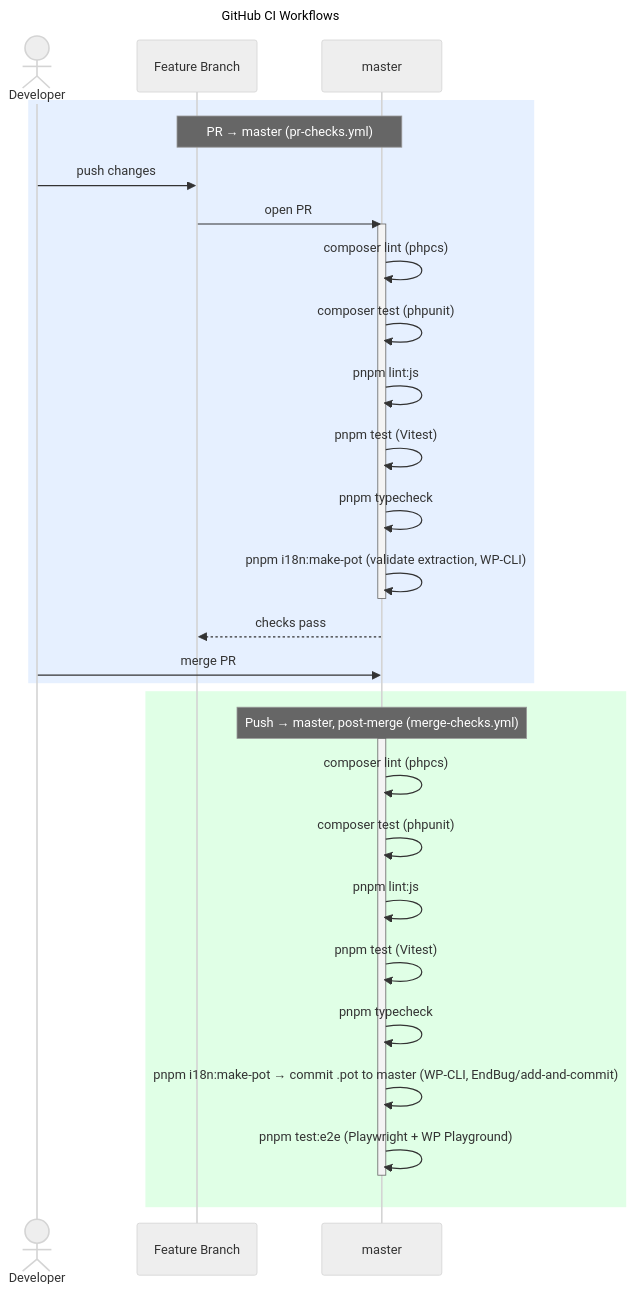
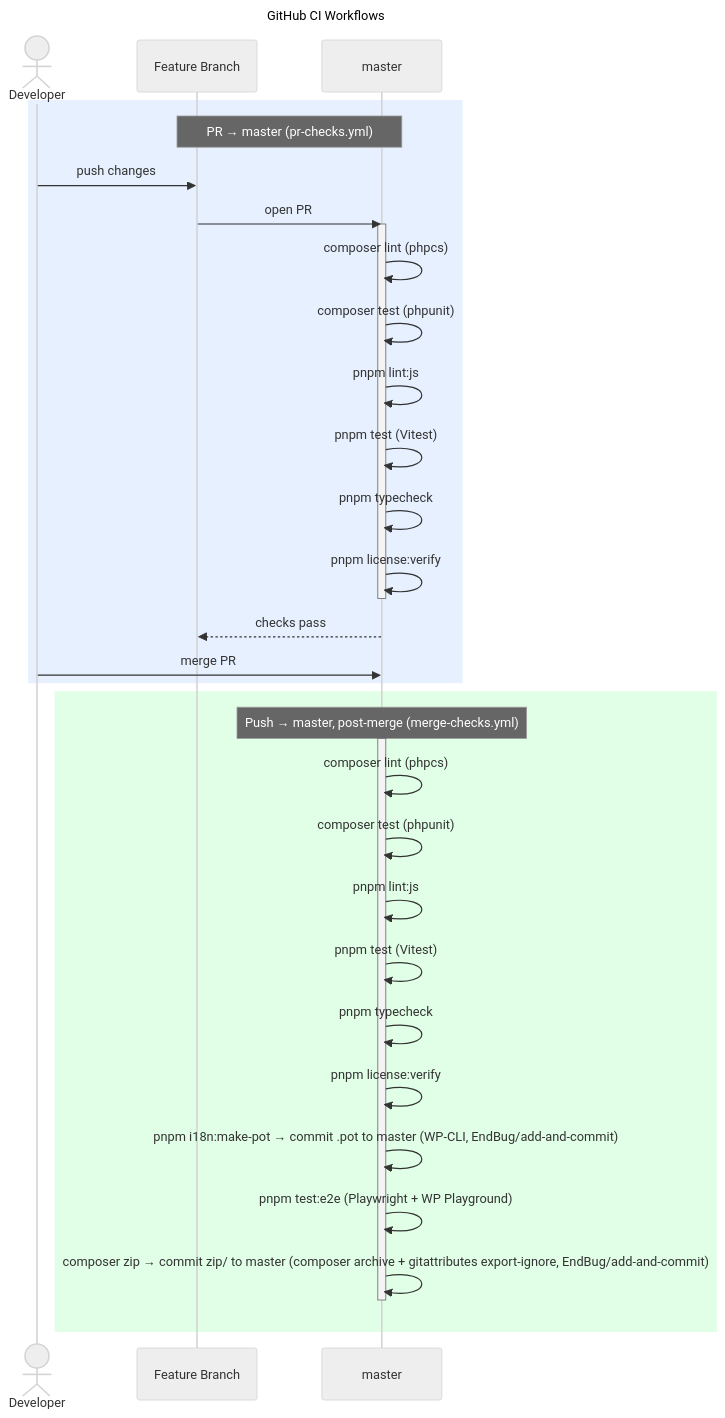
The diagram in docs/contracts/ci-workflow.mmd (erdembircan/battery-surf-bench), drawn with Mermaid (neutral theme) before and after one commit. The commit also changed 3 other files, not shown here.

First line of the commit message:
[CHORE]: add post-merge composer zip packaging

```diff
--- a/docs/contracts/ci-workflow.mmd
+++ b/docs/contracts/ci-workflow.mmd
@@ -1,36 +1,38 @@
 ---
 title: GitHub CI Workflows
 ---
 sequenceDiagram
     actor Dev as Developer
     participant FB as Feature Branch
     participant M as master
 
     rect rgb(230, 240, 255)
         Note over FB,M: PR → master (pr-checks.yml)
         Dev->>FB: push changes
         FB->>M: open PR
         activate M
         M->>M: composer lint (phpcs)
         M->>M: composer test (phpunit)
         M->>M: pnpm lint:js
         M->>M: pnpm test (Vitest)
         M->>M: pnpm typecheck
-        M->>M: pnpm i18n:make-pot (validate extraction, WP-CLI)
+        M->>M: pnpm license:verify
         deactivate M
         M-->>FB: checks pass
         Dev->>M: merge PR
     end
 
     rect rgb(224, 255, 230)
         Note over M: Push → master, post-merge (merge-checks.yml)
         activate M
         M->>M: composer lint (phpcs)
         M->>M: composer test (phpunit)
         M->>M: pnpm lint:js
         M->>M: pnpm test (Vitest)
         M->>M: pnpm typecheck
+        M->>M: pnpm license:verify
         M->>M: pnpm i18n:make-pot → commit .pot to master (WP-CLI, EndBug/add-and-commit)
         M->>M: pnpm test:e2e (Playwright + WP Playground)
+        M->>M: composer zip → commit zip/ to master (composer archive + gitattributes export-ignore, EndBug/add-and-commit)
         deactivate M
     end
```
